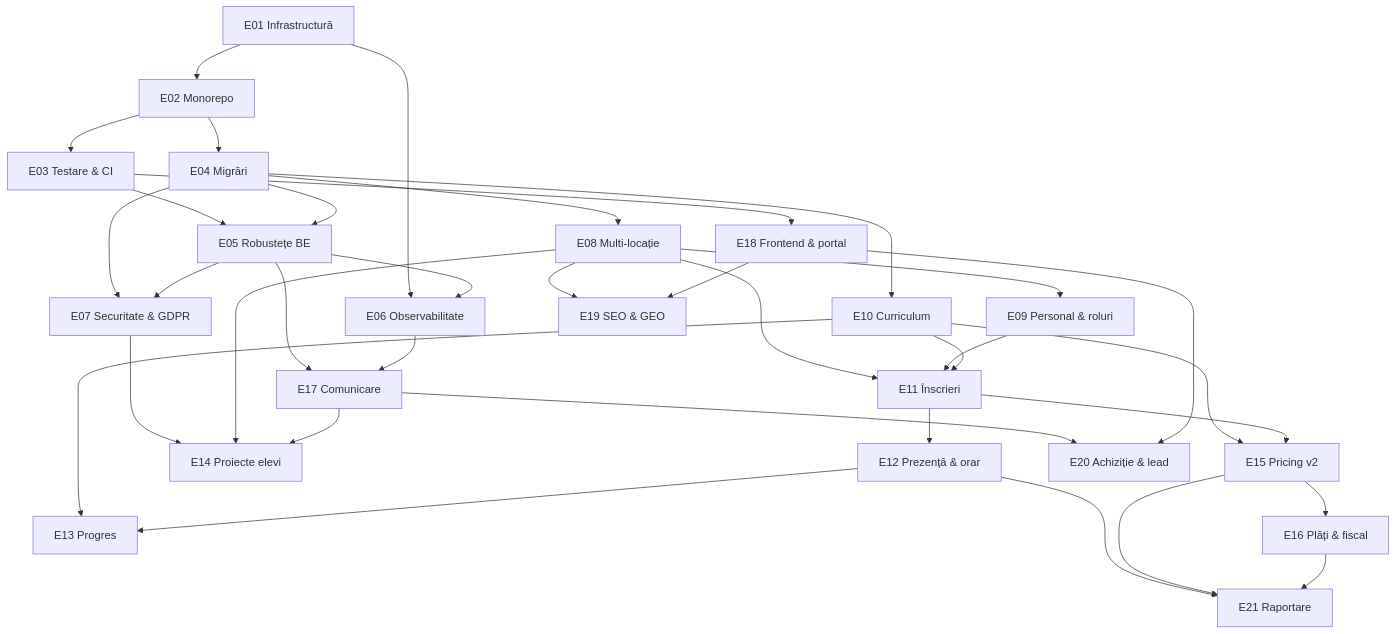
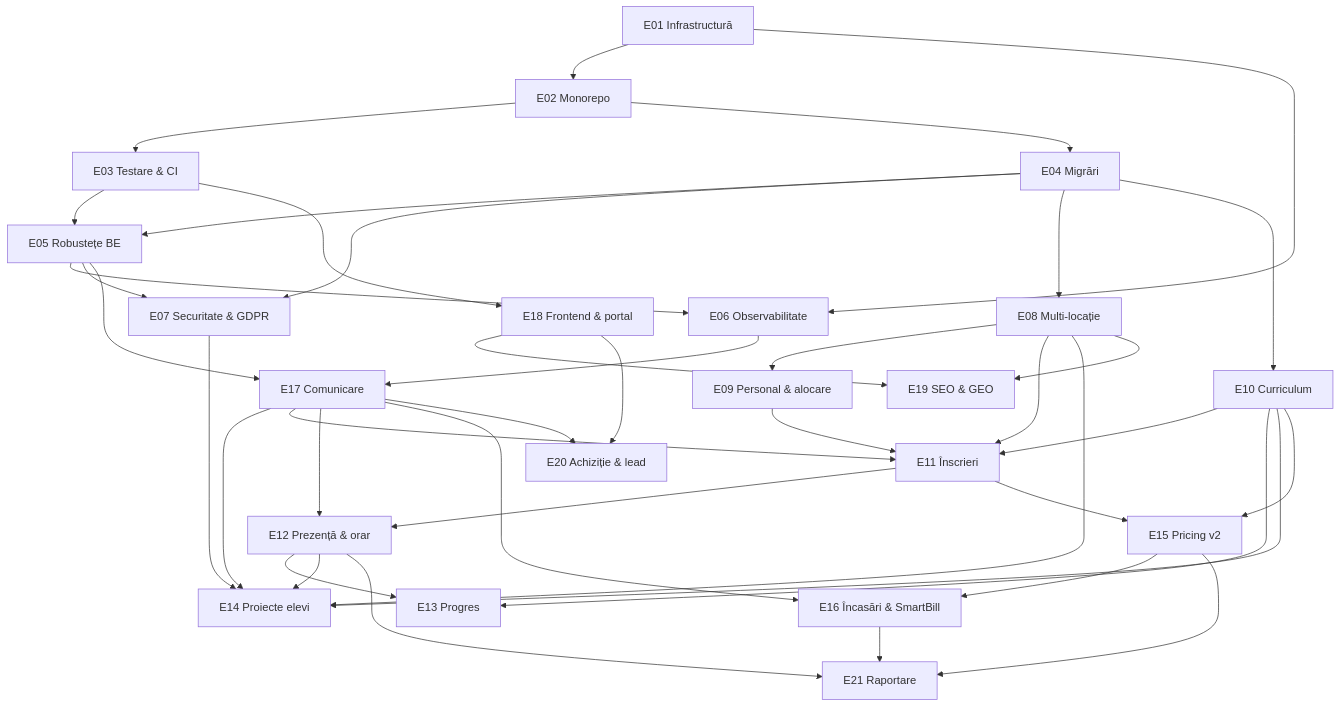
Before and after one commit to AlexePaul/ITBridge: the diagram in docs/epics/README.md, drawn with Mermaid. The commit also changed other lines of this file and 21 other files, not shown here.

````diff
--- a/docs/epics/README.md
+++ b/docs/epics/README.md
@@ -79,37 +155,42 @@
 ```mermaid
 graph TD
   E01[E01 Infrastructură] --> E02[E02 Monorepo]
   E02 --> E03[E03 Testare & CI]
   E02 --> E04[E04 Migrări]
   E03 --> E05[E05 Robustețe BE]
   E04 --> E05
   E01 --> E06[E06 Observabilitate]
   E05 --> E06
   E04 --> E07[E07 Securitate & GDPR]
   E05 --> E07
   E04 --> E08[E08 Multi-locație]
-  E08 --> E09[E09 Personal & roluri]
+  E08 --> E09[E09 Personal & alocare]
   E04 --> E10[E10 Curriculum]
   E08 --> E11[E11 Înscrieri]
   E09 --> E11
   E10 --> E11
   E11 --> E12[E12 Prezență & orar]
   E10 --> E13[E13 Progres]
   E12 --> E13
   E07 --> E14[E14 Proiecte elevi]
   E08 --> E14
+  E10 --> E14
+  E12 --> E14
   E17 --> E14
   E10 --> E15[E15 Pricing v2]
   E11 --> E15
-  E15 --> E16[E16 Plăți & fiscal]
+  E15 --> E16[E16 Încasări & SmartBill]
   E05 --> E17[E17 Comunicare]
   E06 --> E17
+  E17 --> E11
+  E17 --> E12
+  E17 --> E16
   E03 --> E18[E18 Frontend & portal]
   E08 --> E19[E19 SEO & GEO]
   E18 --> E19
   E17 --> E20[E20 Achiziție & lead]
   E18 --> E20
   E12 --> E21[E21 Raportare]
   E15 --> E21
   E16 --> E21
 ```
````
